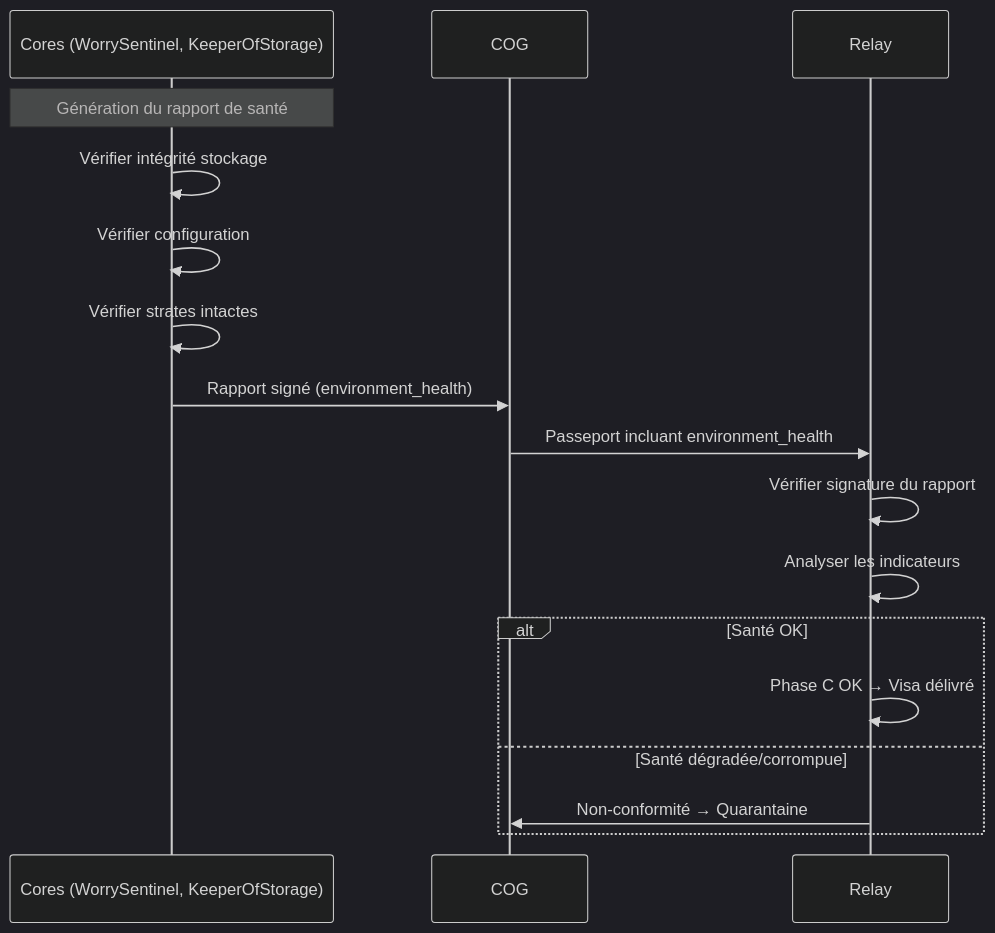
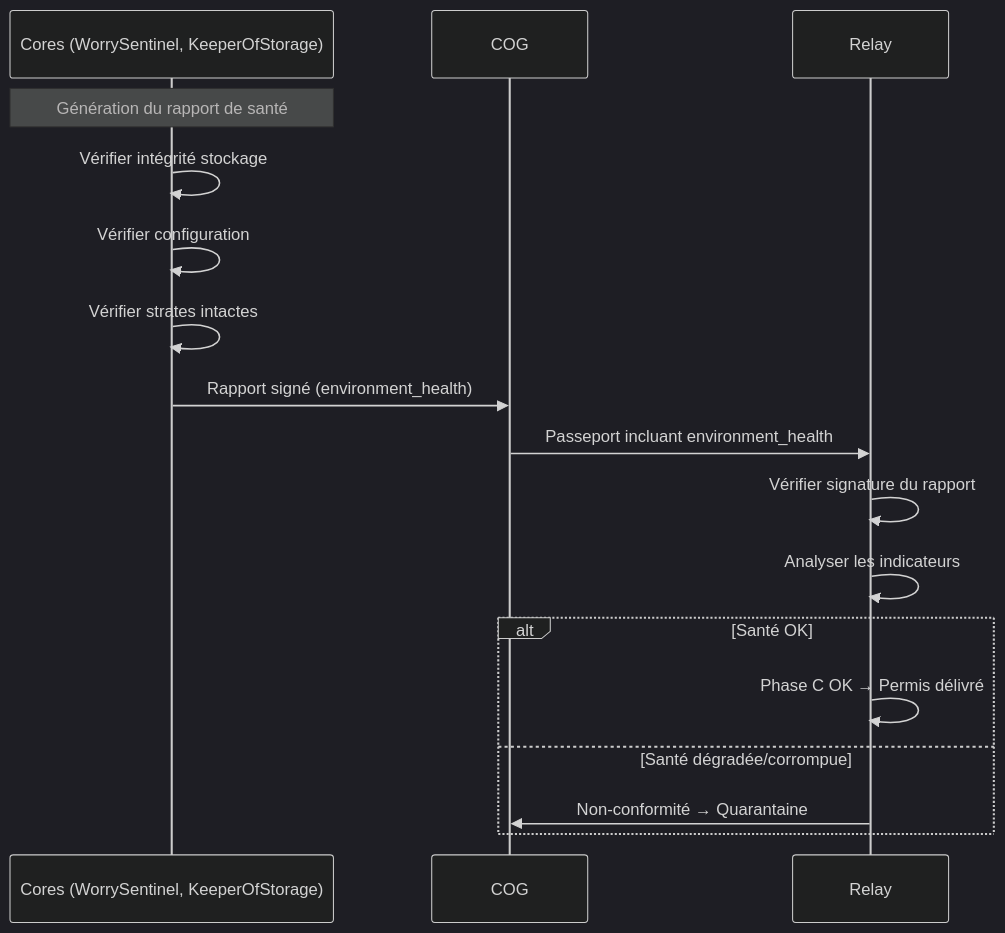
The fourth of 5 diagrams in docs/miyukini-webway-system/verification/MWS - Flux de Verification.md (StudioMiyukini/miyukini_cog), drawn with Mermaid (dark theme) before and after one commit. The commit also changed other lines of this file and 17 other files, not shown here.

````diff
--- a/docs/miyukini-webway-system/verification/MWS - Flux de Verification.md
+++ b/docs/miyukini-webway-system/verification/MWS - Flux de Verification.md
@@ -182,20 +182,20 @@
 ```mermaid
 sequenceDiagram
     participant Cores as Cores (WorrySentinel, KeeperOfStorage)
     participant COG as COG
     participant R as Relay
 
     Note over Cores: Génération du rapport de santé
     Cores->>Cores: Vérifier intégrité stockage
     Cores->>Cores: Vérifier configuration
     Cores->>Cores: Vérifier strates intactes
     Cores->>COG: Rapport signé (environment_health)
     COG->>R: Passeport incluant environment_health
     R->>R: Vérifier signature du rapport
     R->>R: Analyser les indicateurs
     alt Santé OK
-        R->>R: Phase C OK → Visa délivré
+        R->>R: Phase C OK → Permis délivré
     else Santé dégradée/corrompue
         R->>COG: Non-conformité → Quarantaine
     end
 ```
````
